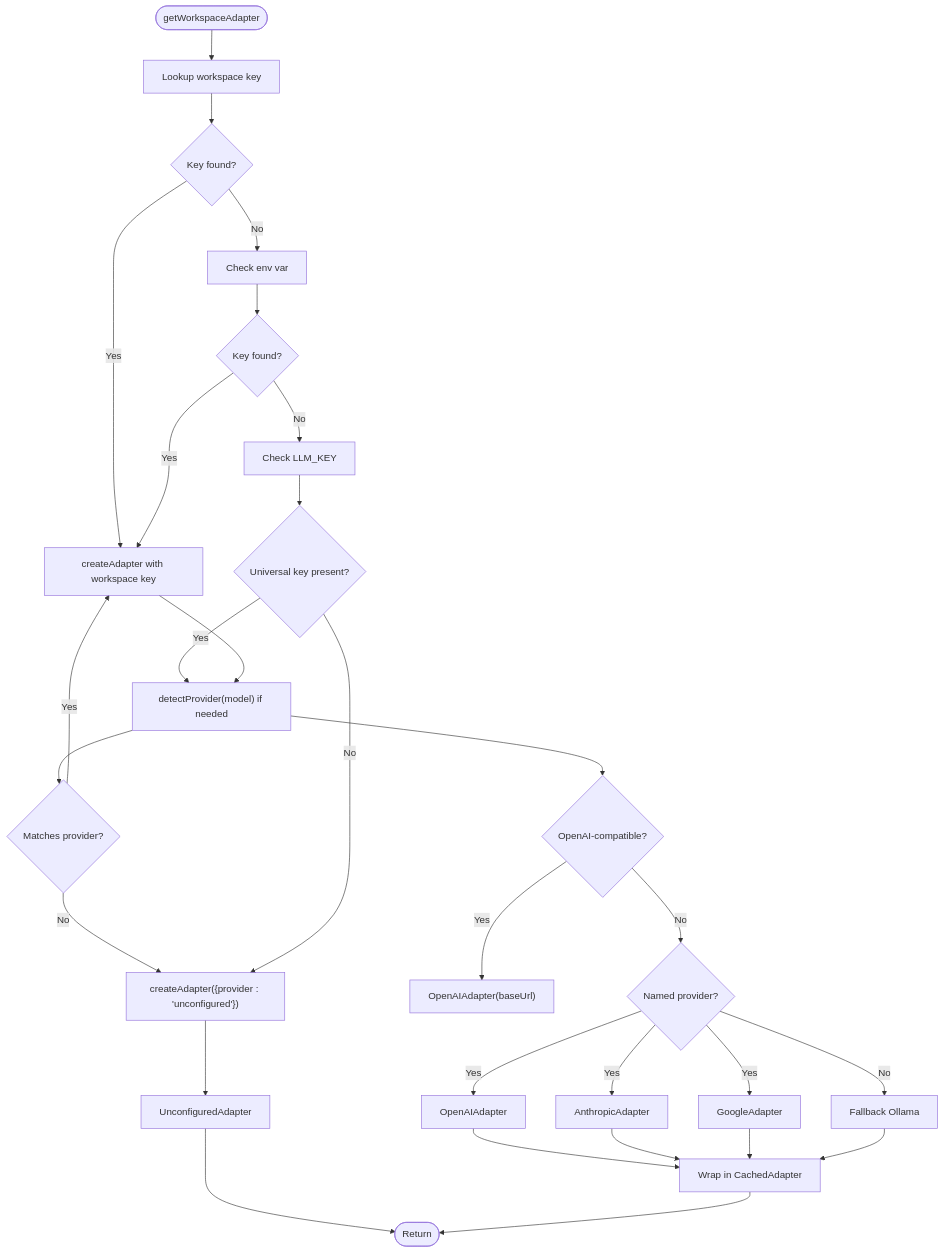
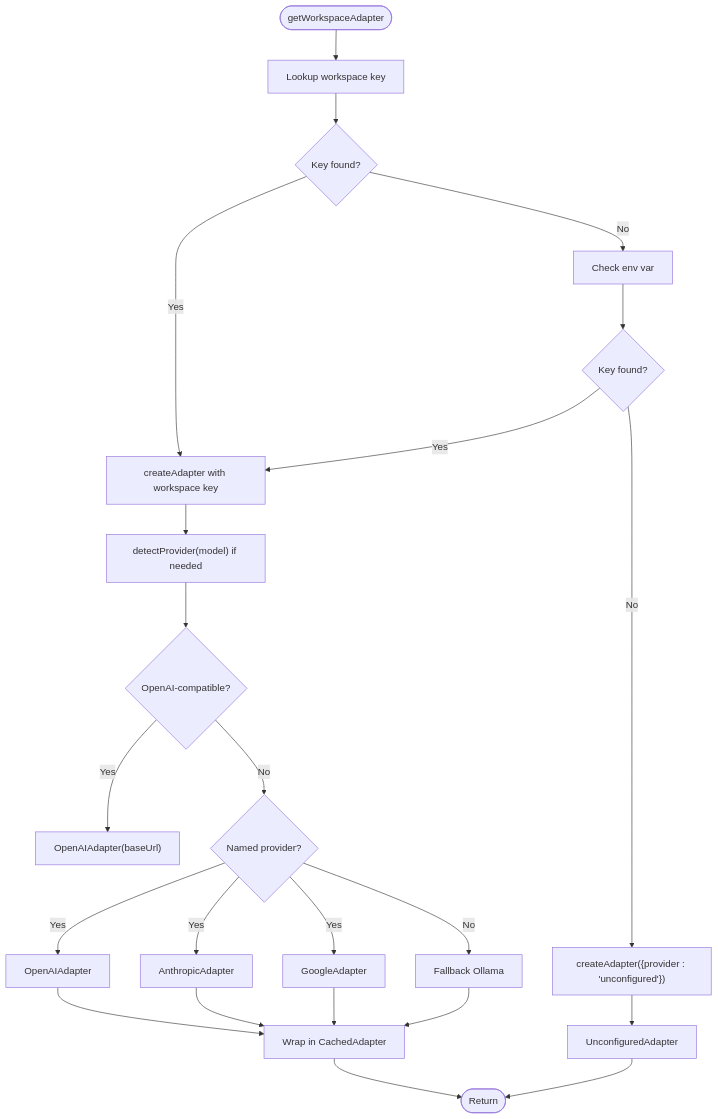
The fourth of 12 diagrams in .qoder/repowiki/en/content/Architecture & Design/Layered Architecture/Integration Layer/AI Provider Adapters.md (shekhargiri005-dotcom/AI-powered-accessibility-first-UI-engine), drawn with Mermaid before and after one commit. The commit also changed other lines of this file and 71 other files, not shown here.

````diff
--- a/.qoder/repowiki/en/content/Architecture & Design/Layered Architecture/Integration Layer/AI Provider Adapters.md
+++ b/.qoder/repowiki/en/content/Architecture & Design/Layered Architecture/Integration Layer/AI Provider Adapters.md
@@ -216,26 +206,20 @@
 ```mermaid
 flowchart TD
 Start(["getWorkspaceAdapter"]) --> WS["Lookup workspace key"]
 WS --> FoundWS{"Key found?"}
 FoundWS -- Yes --> Create["createAdapter with workspace key"]
 FoundWS -- No --> Env["Check env var"]
 Env --> FoundEnv{"Key found?"}
 FoundEnv -- Yes --> Create
-FoundEnv -- No --> Universal["Check LLM_KEY"]
-Universal --> HasUniversal{"Universal key present?"}
-HasUniversal -- Yes --> Detect["detectProviderFromKey(LLM_KEY)"]
-Detect --> Match{"Matches provider?"}
-Match -- Yes --> Create
-Match -- No --> Unconfigured["createAdapter({provider : 'unconfigured'})"]
-HasUniversal -- No --> Unconfigured
+FoundEnv -- No --> Unconfigured["createAdapter({provider : 'unconfigured'})"]
 Create --> Detect["detectProvider(model) if needed"]
 Detect --> Compat{"OpenAI-compatible?"}
 Compat -- Yes --> OA["OpenAIAdapter(baseUrl)"]
 Compat -- No --> Named{"Named provider?"}
 Named -- Yes --> OA2["OpenAIAdapter"] --> Wrap["Wrap in CachedAdapter"]
 Named -- Yes --> AN["AnthropicAdapter"] --> Wrap
 Named -- Yes --> GOO["GoogleAdapter"] --> Wrap
 Named -- No --> OL["Fallback Ollama"] --> Wrap
 Unconfigured --> UC["UnconfiguredAdapter"] --> End(["Return"])
 Wrap --> End
 ```
````
